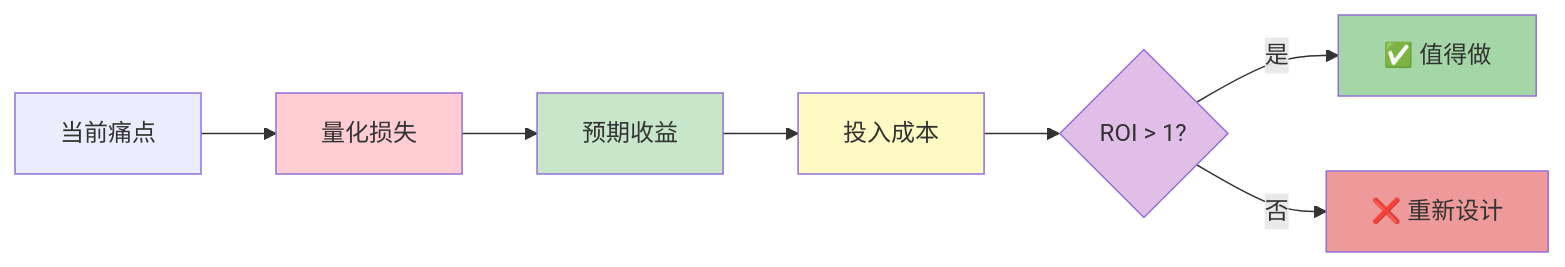
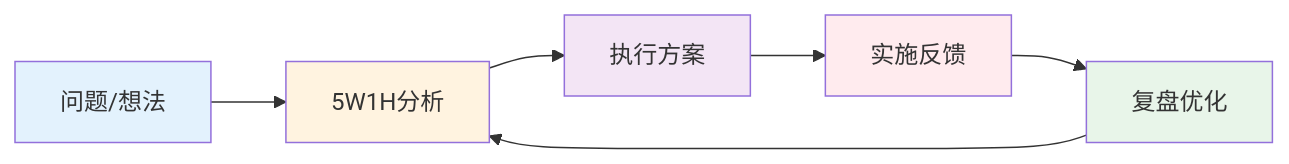
Before and after one commit to leahana/leahana.github.io: the third of 4 diagrams in source/_posts/mindset/2025-04-24-5w1h-ai-knowledge-base-methodology.md, drawn with Mermaid. The commit also changed other lines of this file and 2 other files, not shown here.

````diff
--- a/source/_posts/mindset/2025-04-24-5w1h-ai-knowledge-base-methodology.md
+++ b/source/_posts/mindset/2025-04-24-5w1h-ai-knowledge-base-methodology.md
@@ -101,16 +111,14 @@
 ```mermaid
 graph LR
-    A[当前痛点] --> B[量化损失]
-    B --> C[预期收益]
-    C --> D[投入成本]
-    D --> E{ROI > 1?}
-    E -->|是| F[✅ 值得做]
-    E -->|否| G[❌ 重新设计]
+    A[问题/想法] --> B[5W1H分析]
+    B --> C[执行方案]
+    C --> D[实施反馈]
+    D --> E[复盘优化]
+    E --> B
 
-    style B fill:#ffcdd2
-    style C fill:#c8e6c9
-    style D fill:#fff9c4
-    style E fill:#e1bee7
-    style F fill:#a5d6a7
-    style G fill:#ef9a9a
+    style A fill:#e3f2fd
+    style B fill:#fff3e0
+    style C fill:#f3e5f5
+    style D fill:#ffebee
+    style E fill:#e8f5e9
 ```
````
